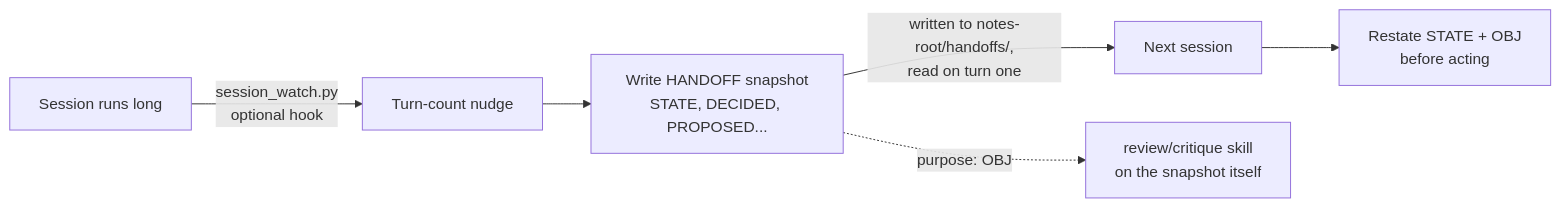
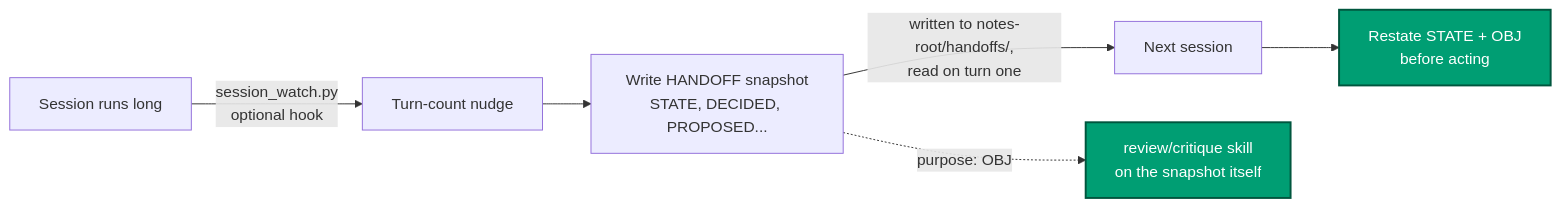
The diagram in handoff/README.md (AdiMendelowitz/instrumented_skills), drawn with Mermaid before and after one commit. The commit also changed other lines of this file and 5 other files, not shown here.

````diff
--- a/handoff/README.md
+++ b/handoff/README.md
@@ -22,8 +34,11 @@
 ```mermaid
 flowchart LR
     S[Session runs long] -->|session_watch.py<br/>optional hook| N[Turn-count nudge]
     N --> W[Write HANDOFF snapshot<br/>STATE, DECIDED, PROPOSED...]
     W -->|written to notes-root/handoffs/,<br/>read on turn one| R[Next session]
     R --> RS[Restate STATE + OBJ<br/>before acting]
     W -.->|purpose: OBJ| C[review/critique skill<br/>on the snapshot itself]
+
+    classDef closes fill:#009E73,stroke:#00563e,stroke-width:2px,color:#fff
+    class RS,C closes
 ```
````
